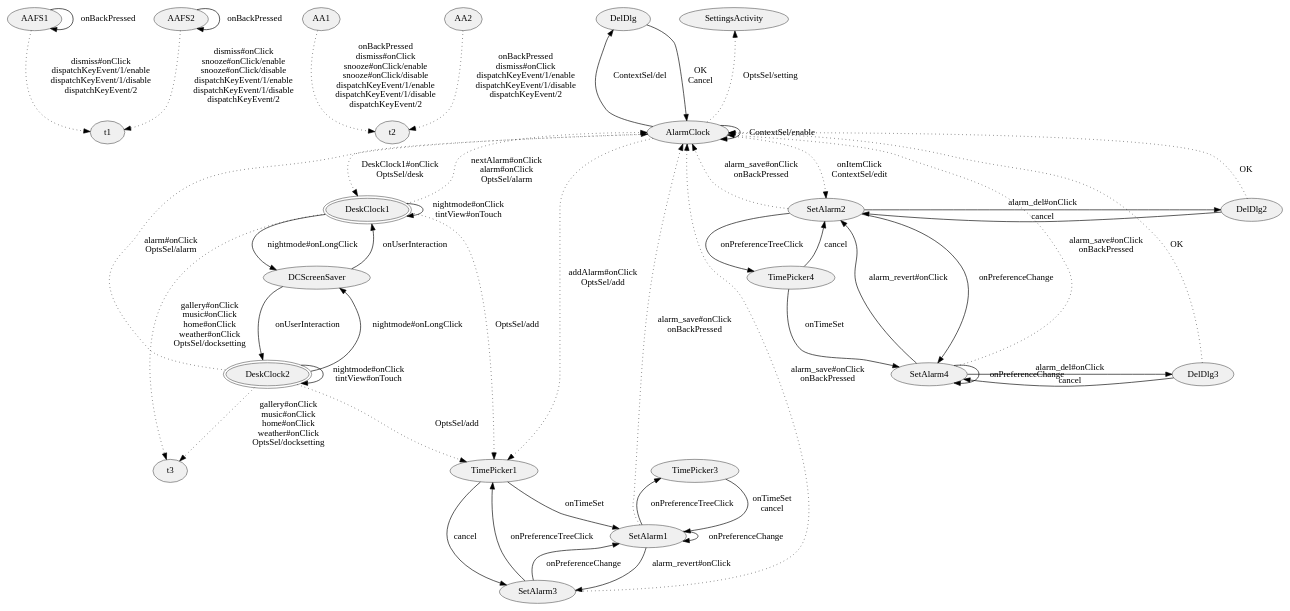
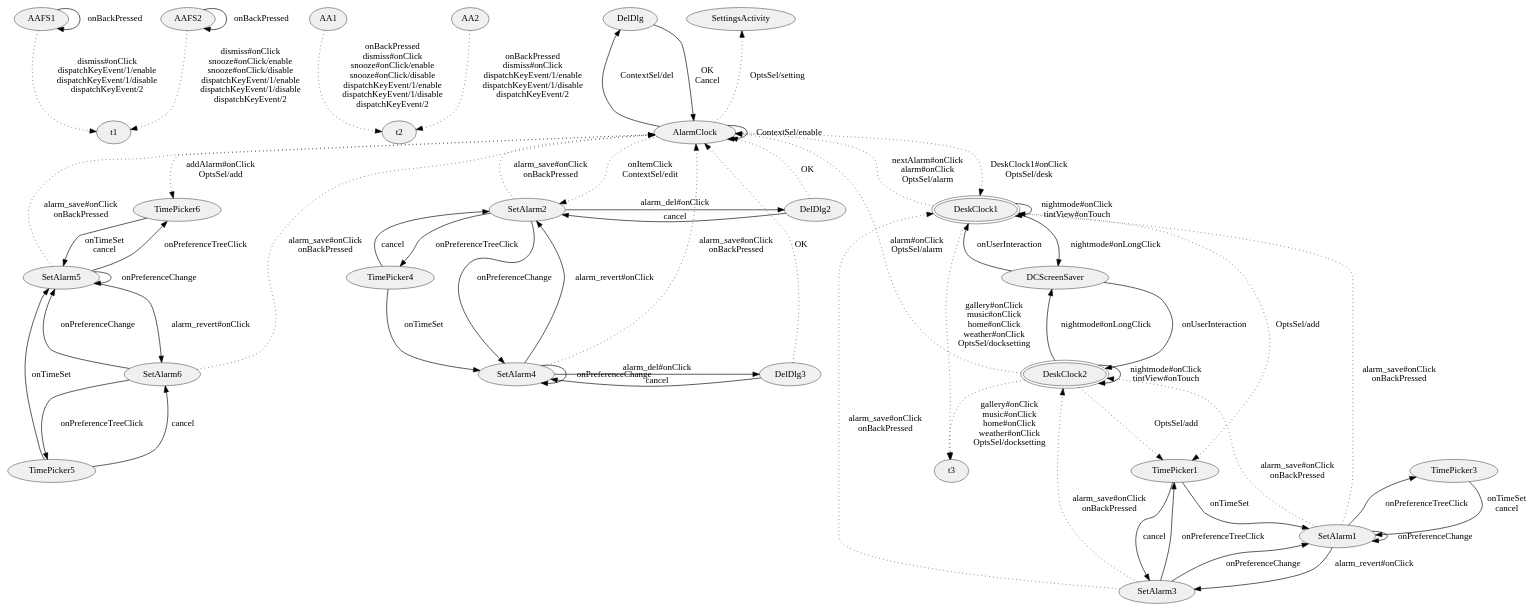
One commit to hans89/astparser changed the diagram in graphviz/DeskClock-man2.2.1.gv. Above: the diagram before and after it, drawn with Graphviz. The commit also changed 35 other files, not shown here.

```diff
--- a/graphviz/DeskClock-man2.2.1.gv
+++ b/graphviz/DeskClock-man2.2.1.gv
@@ -1,136 +1,154 @@
 digraph {
 fontname="Helvetica";
 node[style="filled,solid", colorscheme=greys3, fillcolor=1, color=3];
 
 AAFS1;
 t1;
 AAFS1 -> AAFS1[label="onBackPressed"];
 AAFS1 -> t1[label="dismiss#onClick
 dispatchKeyEvent/1/enable
 dispatchKeyEvent/1/disable
 dispatchKeyEvent/2",style=dotted];
 
 AAFS2;
 AAFS2 -> AAFS2[label="onBackPressed"];
 AAFS2 -> t1[label="dismiss#onClick
 snooze#onClick/enable
 snooze#onClick/disable
 dispatchKeyEvent/1/enable
 dispatchKeyEvent/1/disable
 dispatchKeyEvent/2",style=dotted];
 
 
 AA1;
 t2;
 AA1 -> t2[label="onBackPressed
 dismiss#onClick
 snooze#onClick/enable
 snooze#onClick/disable
 dispatchKeyEvent/1/enable
 dispatchKeyEvent/1/disable
 dispatchKeyEvent/2",style=dotted];
 
 AA2;
 t2;
 AA2 -> t2[label="onBackPressed
 dismiss#onClick
 dispatchKeyEvent/1/enable
 dispatchKeyEvent/1/disable
 dispatchKeyEvent/2",style=dotted];
 
 
 
 
 
 AlarmClock;
 AlarmClock -> AlarmClock[label="ContextSel/enable"];
 AlarmClock -> DelDlg[label="ContextSel/del"];
 DelDlg -> AlarmClock [label="OK
 Cancel"];
 
-AlarmClock -> TimePicker1[label="addAlarm#onClick
+AlarmClock -> TimePicker6[label="addAlarm#onClick
 OptsSel/add",style=dotted];
 AlarmClock -> SetAlarm2[label="onItemClick
 ContextSel/edit",style=dotted];
 AlarmClock -> DeskClock1[label="DeskClock1#onClick
 OptsSel/desk",style=dotted];
 AlarmClock -> SettingsActivity[label="OptsSel/setting",style=dotted];
 
 
 
 
 DeskClock1[peripheries=2];
 DeskClock1 -> t3[label="gallery#onClick
 music#onClick
 home#onClick
 weather#onClick
 OptsSel/docksetting",style=dotted];
 
 DeskClock1 -> AlarmClock[label="nextAlarm#onClick
 alarm#onClick
 OptsSel/alarm",style=dotted];
 DeskClock1 -> TimePicker1[label="OptsSel/add",style=dotted];
 DeskClock1 -> DeskClock1[label="nightmode#onClick
 tintView#onTouch"];
 DeskClock1 -> DCScreenSaver[label="nightmode#onLongClick"];
 DCScreenSaver -> DeskClock1[label="onUserInteraction"];
 
 DeskClock2[peripheries=2];
 DeskClock2 -> t3[label="gallery#onClick
 music#onClick
 home#onClick
 weather#onClick
 OptsSel/docksetting",style=dotted];
 
 DeskClock2 -> AlarmClock[label="alarm#onClick
 OptsSel/alarm",style=dotted];
 DeskClock2 -> TimePicker1[label="OptsSel/add",style=dotted];
 DeskClock2 -> DeskClock2[label="nightmode#onClick
 tintView#onTouch"];
 DeskClock2 -> DCScreenSaver[label="nightmode#onLongClick"];
 DCScreenSaver -> DeskClock2[label="onUserInteraction"];
 
 
 
 SetAlarm2 -> DelDlg2[label="alarm_del#onClick"];
 DelDlg2 -> SetAlarm2[label="cancel"];
 DelDlg2 -> AlarmClock[label="OK",style=dotted];
 
 SetAlarm2, SetAlarm4 -> SetAlarm4[label="onPreferenceChange"];
 SetAlarm2 -> TimePicker4[label="onPreferenceTreeClick"];
 TimePicker4 -> SetAlarm4[label="onTimeSet"];
 TimePicker4 -> SetAlarm2[label="cancel"];
 SetAlarm4 -> SetAlarm2[label="alarm_revert#onClick"];
 SetAlarm4 -> DelDlg3[label="alarm_del#onClick"];
 DelDlg3 -> SetAlarm4[label="cancel"];
 DelDlg3 -> AlarmClock[label="OK",style=dotted];
 SetAlarm2, SetAlarm4 -> AlarmClock[label="alarm_save#onClick
 onBackPressed",style=dotted];
 
 
 
 
 
 
 TimePicker1 -> SetAlarm1[label="onTimeSet"];
 TimePicker1 -> SetAlarm3[label="cancel"];
 SetAlarm1 -> SetAlarm3[label="alarm_revert#onClick"];
 SetAlarm3, SetAlarm1 -> SetAlarm1[label="onPreferenceChange"];
 
 SetAlarm1 -> TimePicker3[label="onPreferenceTreeClick"];
 TimePicker3 -> SetAlarm1[label="onTimeSet
 cancel"];
 SetAlarm3 -> TimePicker1[label="onPreferenceTreeClick"];
 
-SetAlarm1, SetAlarm3 -> AlarmClock[label="alarm_save#onClick
+SetAlarm1, SetAlarm3 -> DeskClock1[label="alarm_save#onClick
 onBackPressed",style=dotted];
 
+SetAlarm1, SetAlarm3 -> DeskClock2[label="alarm_save#onClick
+onBackPressed",style=dotted];
+
+
+
+
+TimePicker5 -> SetAlarm5[label="onTimeSet"];
+TimePicker5 -> SetAlarm6[label="cancel"];
+SetAlarm5 -> SetAlarm6[label="alarm_revert#onClick"];
+SetAlarm6, SetAlarm5 -> SetAlarm5[label="onPreferenceChange"];
+
+SetAlarm5 -> TimePicker6[label="onPreferenceTreeClick"];
+TimePicker6 -> SetAlarm5[label="onTimeSet
+cancel"];
+SetAlarm6 -> TimePicker5[label="onPreferenceTreeClick"];
+
+SetAlarm5, SetAlarm6 -> AlarmClock[label="alarm_save#onClick
+onBackPressed",style=dotted];
 
 
 
 {rank=min; AAFS1 AAFS2 AA1 AA2 DelDlg SettingsActivity}
 {rank=same; TimePicker1 TimePicker3}
 {rank=same; SetAlarm4 DelDlg3}
 {rank=same; SetAlarm2 DelDlg2}
 
 }
```
